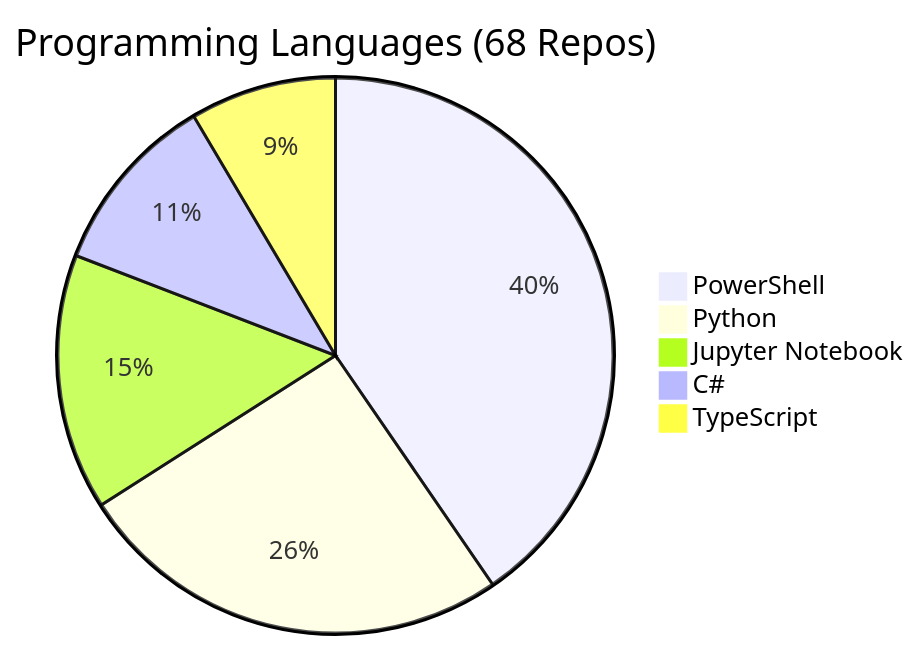
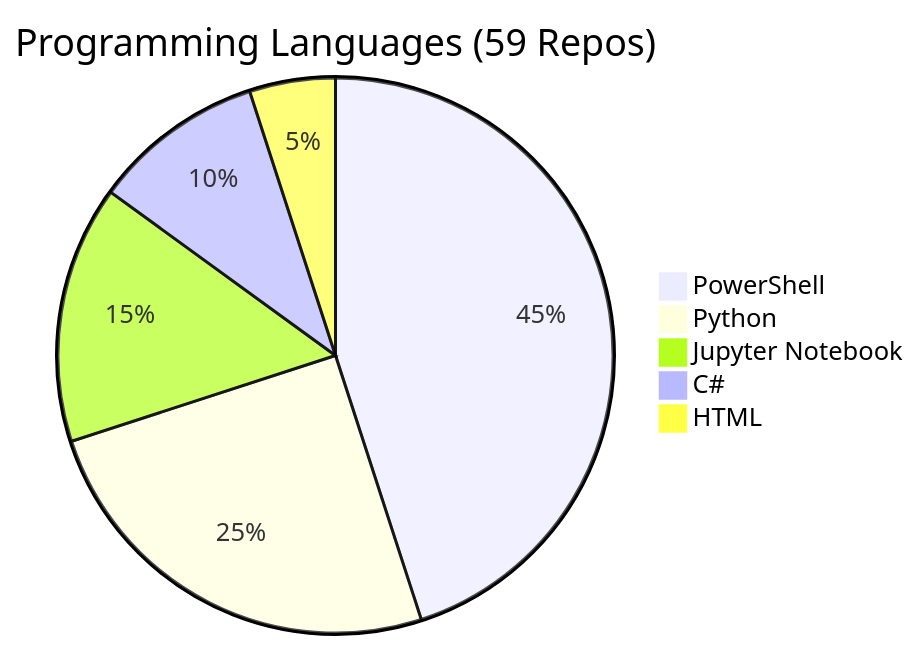
The diagram in REPOS.md (fabioc-aloha/fabioc-aloha), drawn with Mermaid before and after one commit. The commit also changed other lines of this file and 77 other files, not shown here.

First line of the commit message:
feat: upgrade Alex cognitive architecture to v1.5.3 UNPENTTRINIUM

````diff
--- a/REPOS.md
+++ b/REPOS.md
@@ -111,8 +102,8 @@
 ```mermaid
-pie title Programming Languages (68 Repos)
-    "PowerShell" : 19
-    "Python" : 12
-    "Jupyter Notebook" : 7
-    "C#" : 5
-    "TypeScript" : 4
+pie title Programming Languages (59 Repos)
+    "PowerShell" : 18
+    "Python" : 10
+    "Jupyter Notebook" : 6
+    "C#" : 4
+    "HTML" : 2
 ```
````
